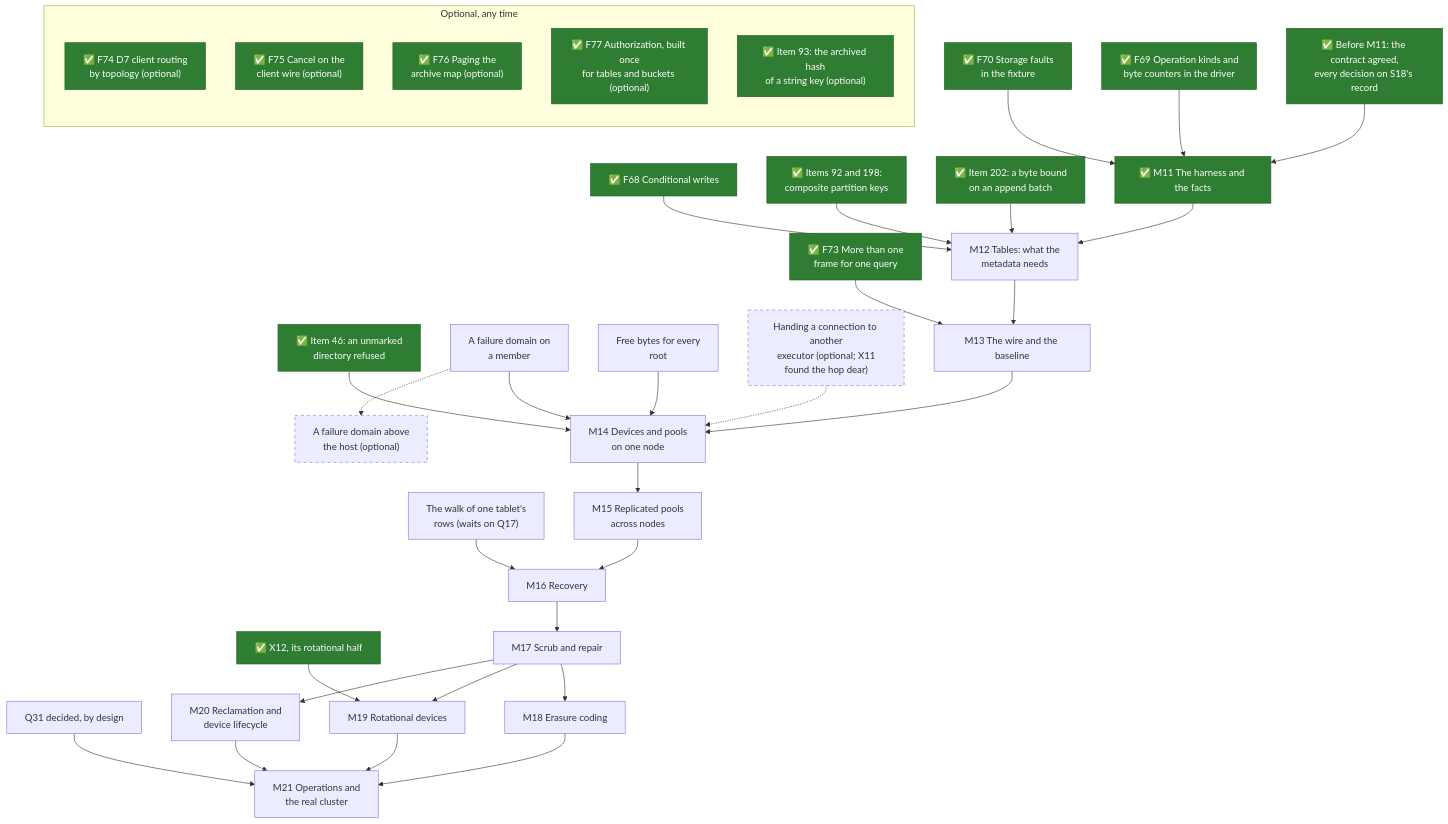
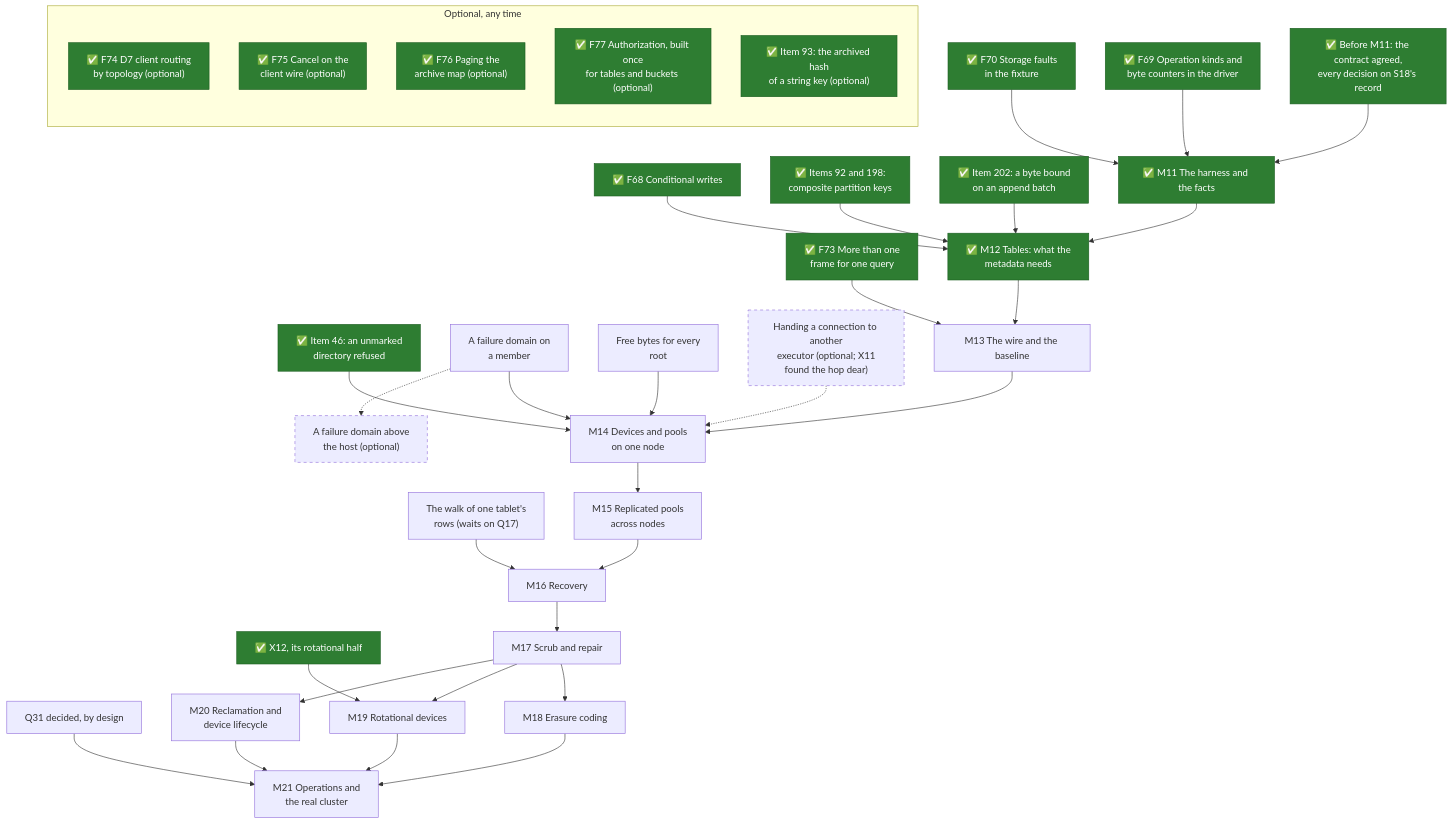
The second of 2 diagrams in docs/src/object-storage/whats-left-todo.md (mjcarson/shoal), drawn with Mermaid before and after one commit. The commit also changed other lines of this file and 84 other files, not shown here.

````diff
--- a/docs/src/object-storage/whats-left-todo.md
+++ b/docs/src/object-storage/whats-left-todo.md
@@ -130,57 +134,57 @@
 ```mermaid
 flowchart TB
     classDef done fill:#2e7d32,stroke:#1b5e20,color:#ffffff
     classDef optional stroke-dasharray: 5 5
     Gate["✅ Before M11: the contract agreed,<br>every decision on S18's record"]:::done
     F69["✅ F69 Operation kinds and<br>byte counters in the driver"]:::done
     F70["✅ F70 Storage faults<br>in the fixture"]:::done
     F68["✅ F68 Conditional writes"]:::done
     I198["✅ Items 92 and 198:<br>composite partition keys"]:::done
     I202["✅ Item 202: a byte bound<br>on an append batch"]:::done
     I46["✅ Item 46: an unmarked<br>directory refused"]:::done
     Frames["✅ F73 More than one<br>frame for one query"]:::done
     Domain["A failure domain on<br>a member"]
     Free["Free bytes for every<br>root"]
     Walk["The walk of one tablet's<br>rows (waits on Q17)"]
     Handoff["Handing a connection to another<br>executor (optional; X11<br>found the hop dear)"]:::optional
     Rack["A failure domain above<br>the host (optional)"]:::optional
     X12r["✅ X12, its rotational half"]:::done
     Q31["Q31 decided, by design"]
     M11["✅ M11 The harness and the facts"]:::done
-    M12["M12 Tables: what the<br>metadata needs"]
+    M12["✅ M12 Tables: what the<br>metadata needs"]:::done
     M13["M13 The wire and the baseline"]
     M14["M14 Devices and pools<br>on one node"]
     M15["M15 Replicated pools<br>across nodes"]
     M16["M16 Recovery"]
     M17["M17 Scrub and repair"]
     M18["M18 Erasure coding"]
     M19["M19 Rotational devices"]
     M20["M20 Reclamation and<br>device lifecycle"]
     M21["M21 Operations and<br>the real cluster"]
     Gate --> M11 --> M12 --> M13 --> M14 --> M15 --> M16 --> M17
     M17 --> M18 --> M21
     M17 --> M19 --> M21
     M17 --> M20 --> M21
     F69 --> M11
     F70 --> M11
     F68 --> M12
     I198 --> M12
     I202 --> M12
     Frames --> M13
     I46 --> M14
     Domain --> M14
     Free --> M14
     Handoff -.-> M14
     Domain -.-> Rack
     Walk --> M16
     X12r --> M19
     Q31 --> M21
     subgraph anytime["Optional, any time"]
         direction TB
         D7["✅ F74 D7 client routing<br>by topology (optional)"]:::done
         Cancel["✅ F75 Cancel on the<br>client wire (optional)"]:::done
         Paging["✅ F76 Paging the<br>archive map (optional)"]:::done
         Authz["✅ F77 Authorization, built once<br>for tables and buckets (optional)"]:::done
         I93["✅ Item 93: the archived hash<br>of a string key (optional)"]:::done
     end
 ```
````
